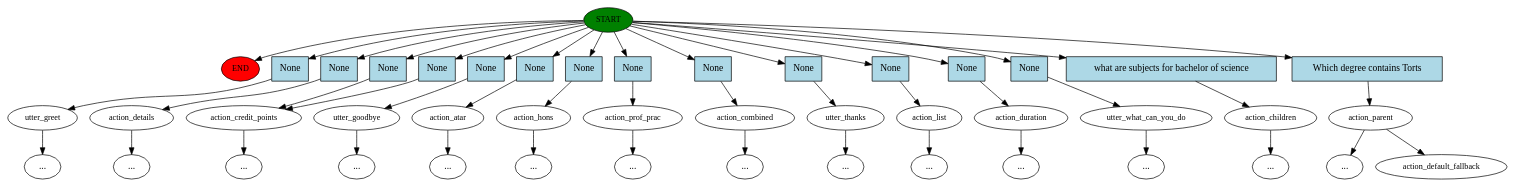
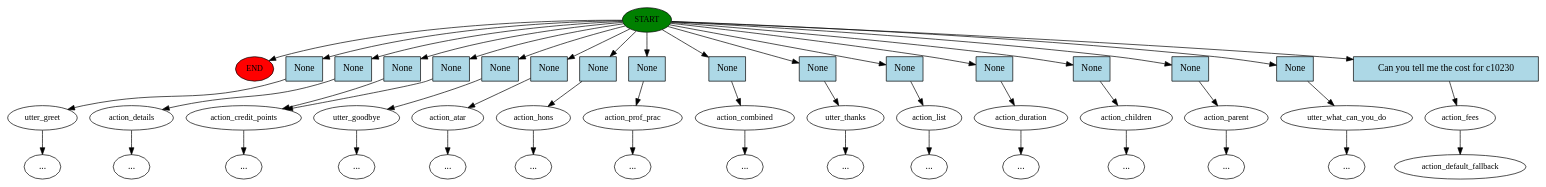
The diagram in story_graph.dot (wei-research/UTSChatbot), drawn with Graphviz before and after one commit. The commit also changed 10 other files, not shown here.

Commit message:
[CC] Removed majors.csv and initialised Action_Fees

```diff
--- a/story_graph.dot
+++ b/story_graph.dot
@@ -1,94 +1,98 @@
 digraph  {
 0 [class="start active", fillcolor=green, fontsize=12, label=START, style=filled];
 "-1" [class=end, fillcolor=red, fontsize=12, label=END, style=filled];
 1 [class="", fontsize=12, label=utter_greet];
 3 [class="", fontsize=12, label=action_details];
 14 [class="", fontsize=12, label=action_credit_points];
 32 [class="", fontsize=12, label=utter_goodbye];
 "-34" [class=ellipsis, label="..."];
 34 [class="", fontsize=12, label=action_atar];
 "-37" [class=ellipsis, label="..."];
 36 [class="", fontsize=12, label=action_hons];
 "-39" [class=ellipsis, label="..."];
 38 [class="", fontsize=12, label=action_prof_prac];
 "-41" [class=ellipsis, label="..."];
 40 [class="", fontsize=12, label=action_combined];
 "-43" [class=ellipsis, label="..."];
 43 [class="", fontsize=12, label=utter_thanks];
 "-45" [class=ellipsis, label="..."];
 "-46" [class=ellipsis, label="..."];
 45 [class="", fontsize=12, label=action_list];
 "-47" [class=ellipsis, label="..."];
 49 [class="", fontsize=12, label=action_duration];
 "-52" [class=ellipsis, label="..."];
 "-54" [class=ellipsis, label="..."];
-53 [class="", fontsize=12, label=utter_what_can_you_do];
-"-55" [class=ellipsis, label="..."];
-"-57" [class=ellipsis, label="..."];
-56 [class="", fontsize=12, label=action_children];
+53 [class="", fontsize=12, label=action_children];
+"-56" [class=ellipsis, label="..."];
+55 [class="", fontsize=12, label=action_parent];
 "-58" [class=ellipsis, label="..."];
-57 [class=active, fontsize=12, label=action_parent];
+57 [class="", fontsize=12, label=utter_what_can_you_do];
 "-59" [class=ellipsis, label="..."];
-59 [class="dashed active", fontsize=12, label=action_default_fallback];
-60 [class=intent, fillcolor=lightblue, label=None, shape=rect, style=filled];
-61 [class=intent, fillcolor=lightblue, label=None, shape=rect, style=filled];
+"-61" [class=ellipsis, label="..."];
+60 [class=active, fontsize=12, label=action_fees];
+61 [class="dashed active", fontsize=12, label=action_default_fallback];
 62 [class=intent, fillcolor=lightblue, label=None, shape=rect, style=filled];
 63 [class=intent, fillcolor=lightblue, label=None, shape=rect, style=filled];
 64 [class=intent, fillcolor=lightblue, label=None, shape=rect, style=filled];
 65 [class=intent, fillcolor=lightblue, label=None, shape=rect, style=filled];
 66 [class=intent, fillcolor=lightblue, label=None, shape=rect, style=filled];
 67 [class=intent, fillcolor=lightblue, label=None, shape=rect, style=filled];
 68 [class=intent, fillcolor=lightblue, label=None, shape=rect, style=filled];
 69 [class=intent, fillcolor=lightblue, label=None, shape=rect, style=filled];
 70 [class=intent, fillcolor=lightblue, label=None, shape=rect, style=filled];
 71 [class=intent, fillcolor=lightblue, label=None, shape=rect, style=filled];
 72 [class=intent, fillcolor=lightblue, label=None, shape=rect, style=filled];
-73 [class=intent, fillcolor=lightblue, label="what are subjects for bachelor of science", shape=rect, style=filled];
-74 [class="intent active", fillcolor=lightblue, label="Which degree contains Torts", shape=rect, style=filled];
+73 [class=intent, fillcolor=lightblue, label=None, shape=rect, style=filled];
+74 [class=intent, fillcolor=lightblue, label=None, shape=rect, style=filled];
+75 [class=intent, fillcolor=lightblue, label=None, shape=rect, style=filled];
+76 [class=intent, fillcolor=lightblue, label=None, shape=rect, style=filled];
+77 [class="intent active", fillcolor=lightblue, label="Can you tell me the cost for c10230", shape=rect, style=filled];
 0 -> "-1"  [class="", key=NONE, label=""];
-0 -> 60  [class="", key=0];
-0 -> 61  [class="", key=0];
 0 -> 62  [class="", key=0];
 0 -> 63  [class="", key=0];
 0 -> 64  [class="", key=0];
 0 -> 65  [class="", key=0];
 0 -> 66  [class="", key=0];
 0 -> 67  [class="", key=0];
 0 -> 68  [class="", key=0];
 0 -> 69  [class="", key=0];
 0 -> 70  [class="", key=0];
 0 -> 71  [class="", key=0];
 0 -> 72  [class="", key=0];
 0 -> 73  [class="", key=0];
-0 -> 74  [class=active, key=0];
-1 -> "-57"  [class="", key=NONE, label=""];
+0 -> 74  [class="", key=0];
+0 -> 75  [class="", key=0];
+0 -> 76  [class="", key=0];
+0 -> 77  [class=active, key=0];
+1 -> "-61"  [class="", key=NONE, label=""];
 3 -> "-54"  [class="", key=NONE, label=""];
 14 -> "-46"  [class="", key=NONE, label=""];
 32 -> "-34"  [class="", key=NONE, label=""];
 34 -> "-37"  [class="", key=NONE, label=""];
 36 -> "-39"  [class="", key=NONE, label=""];
 38 -> "-41"  [class="", key=NONE, label=""];
 40 -> "-43"  [class="", key=NONE, label=""];
 43 -> "-45"  [class="", key=NONE, label=""];
 45 -> "-47"  [class="", key=NONE, label=""];
 49 -> "-52"  [class="", key=NONE, label=""];
-53 -> "-55"  [class="", key=NONE, label=""];
-56 -> "-58"  [class="", key=NONE, label=""];
+53 -> "-56"  [class="", key=NONE, label=""];
+55 -> "-58"  [class="", key=NONE, label=""];
 57 -> "-59"  [class="", key=NONE, label=""];
-57 -> 59  [class=active, key=NONE, label=""];
-60 -> 1  [class="", key=0];
-61 -> 3  [class="", key=0];
-62 -> 14  [class="", key=0];
-63 -> 14  [class="", key=0];
-64 -> 32  [class="", key=0];
-65 -> 34  [class="", key=0];
-66 -> 36  [class="", key=0];
-67 -> 38  [class="", key=0];
-68 -> 40  [class="", key=0];
-69 -> 43  [class="", key=0];
-70 -> 45  [class="", key=0];
-71 -> 49  [class="", key=0];
-72 -> 53  [class="", key=0];
-73 -> 56  [class="", key=0];
-74 -> 57  [class=active, key=0];
+60 -> 61  [class=active, key=NONE, label=""];
+62 -> 1  [class="", key=0];
+63 -> 3  [class="", key=0];
+64 -> 14  [class="", key=0];
+65 -> 14  [class="", key=0];
+66 -> 32  [class="", key=0];
+67 -> 34  [class="", key=0];
+68 -> 36  [class="", key=0];
+69 -> 38  [class="", key=0];
+70 -> 40  [class="", key=0];
+71 -> 43  [class="", key=0];
+72 -> 45  [class="", key=0];
+73 -> 49  [class="", key=0];
+74 -> 53  [class="", key=0];
+75 -> 55  [class="", key=0];
+76 -> 57  [class="", key=0];
+77 -> 60  [class=active, key=0];
 }
```
